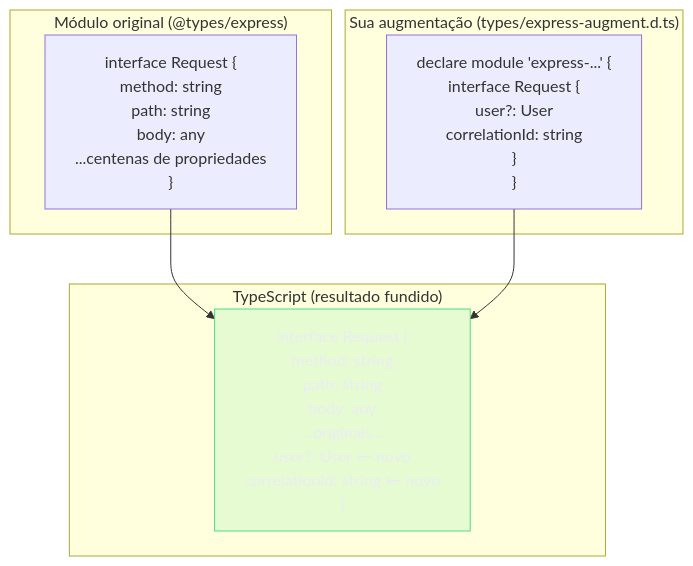
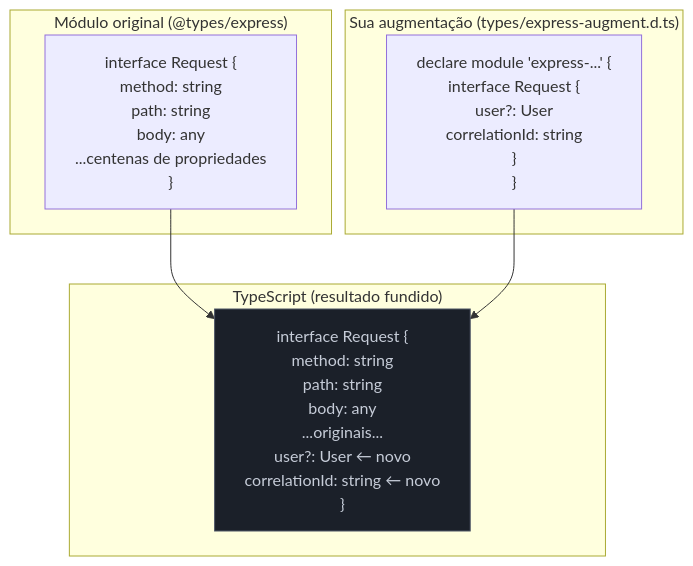
Before and after one commit to josenaldo/codex-technomanticus: the second of 6 diagrams in 03-Dominios/Tecnologia/TypeScript/22 - Declaration files (.d.ts) e o ecossistema de tipos.md, drawn with Mermaid. The commit also changed other lines of this file and 601 other files, not shown here.

````diff
--- a/03-Dominios/Tecnologia/TypeScript/22 - Declaration files (.d.ts) e o ecossistema de tipos.md
+++ b/03-Dominios/Tecnologia/TypeScript/22 - Declaration files (.d.ts) e o ecossistema de tipos.md
@@ -199,16 +199,16 @@
 ```mermaid
 flowchart TD
-    classDef ok fill:#4ADE8021,stroke:#4ADE80,color:#E9ECF2
+    classDef neutro fill:#1B2029,stroke:#4E5666,color:#C6CCD8
     subgraph "Módulo original (@types/express)"
         REQ_ORIG["interface Request {\n  method: string\n  path: string\n  body: any\n  ...centenas de propriedades\n}"]
     end
     subgraph "Sua augmentação (types/express-augment.d.ts)"
         REQ_AUG["declare module 'express-...' {\n  interface Request {\n    user?: User\n    correlationId: string\n  }\n}"]
     end
     subgraph "TypeScript (resultado fundido)"
         REQ_MERGED["interface Request {\n  method: string\n  path: string\n  body: any\n  ...originais...\n  user?: User          ← novo\n  correlationId: string ← novo\n}"]
     end
     REQ_ORIG --> REQ_MERGED
     REQ_AUG --> REQ_MERGED
-    class REQ_MERGED ok
+    class REQ_MERGED neutro
 ```
````
